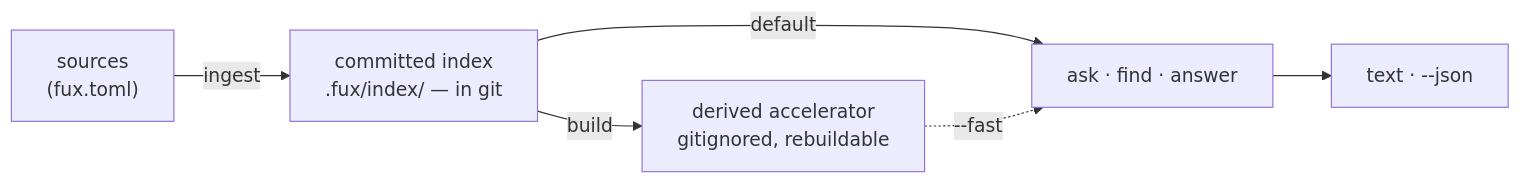
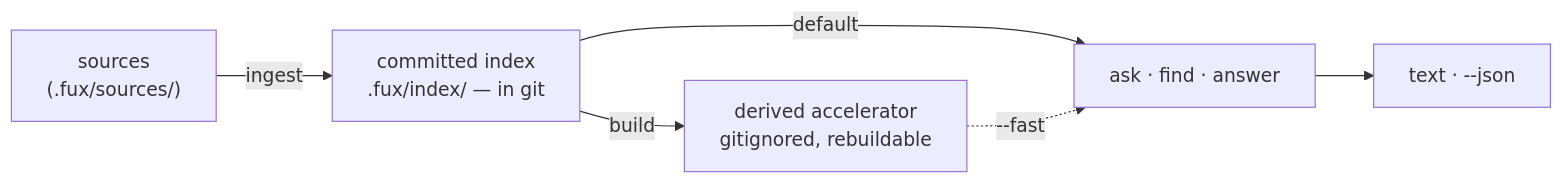
Before and after one commit to arpitarya/fux: the diagram in docs/adr/0002_cli-surface.md, drawn with Mermaid. The commit also changed other lines of this file and 442 other files, not shown here.

````diff
--- a/docs/adr/0002_cli-surface.md
+++ b/docs/adr/0002_cli-surface.md
@@ -130,8 +59,8 @@
 ```mermaid
 flowchart LR
-    S["sources<br/>(fux.toml)"] -->|ingest| C["committed index<br/>.fux/index/ — in git"]
+    S["sources<br/>(.fux/sources/)"] -->|ingest| C["committed index<br/>.fux/index/ — in git"]
     C -->|build| D["derived accelerator<br/>gitignored, rebuildable"]
     C -->|default| Q["ask · find · answer"]
     D -.->|"--fast"| Q
     Q --> O["text · --json"]
 ```
````
